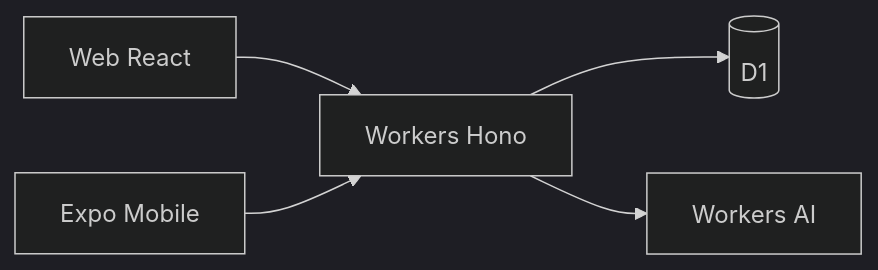
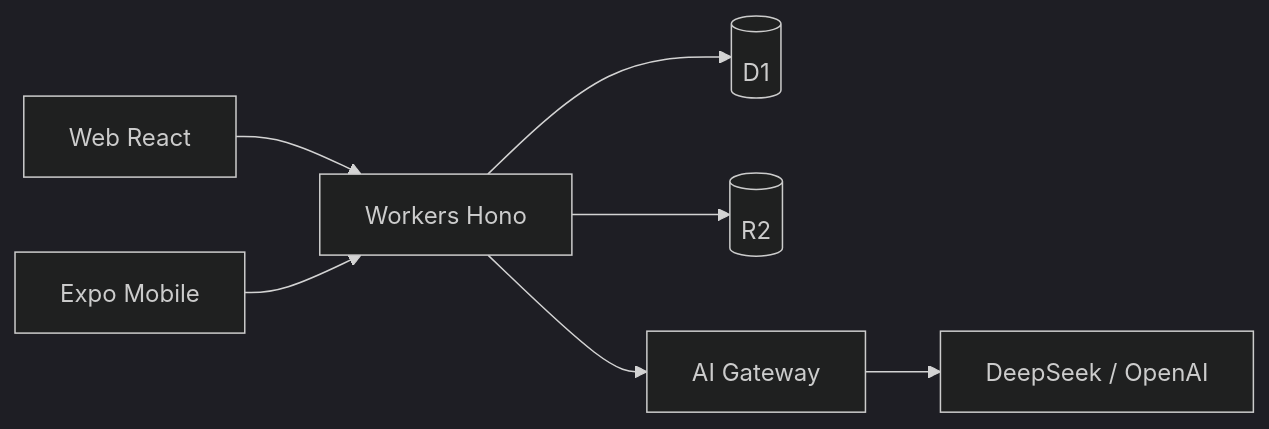
The diagram in README.md (frenchdog0802/lardermind-backend), drawn with Mermaid (dark theme) before and after one commit. The commit also changed other lines of this file and 41 other files, not shown here.

````diff
--- a/README.md
+++ b/README.md
@@ -87,7 +89,9 @@
 ```mermaid
 flowchart LR
     Web[Web React] --> API[Workers Hono]
     Mobile[Expo Mobile] --> API
     API --> D1[(D1)]
-    API --> AI[Workers AI]
+    API --> R2[(R2)]
+    API --> GW[AI Gateway]
+    GW --> LLM[DeepSeek / OpenAI]
 ```
````
